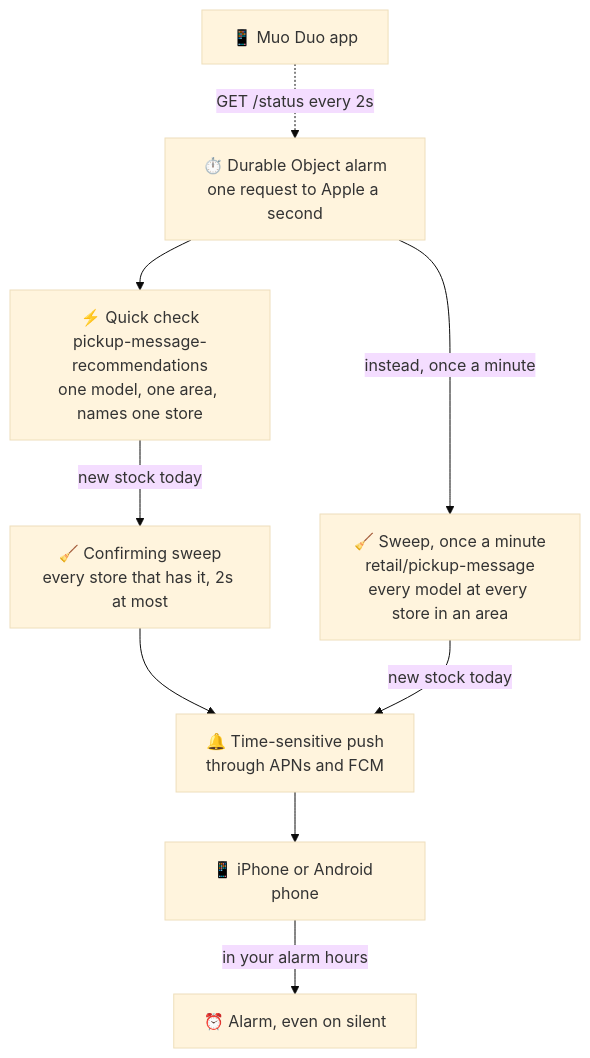
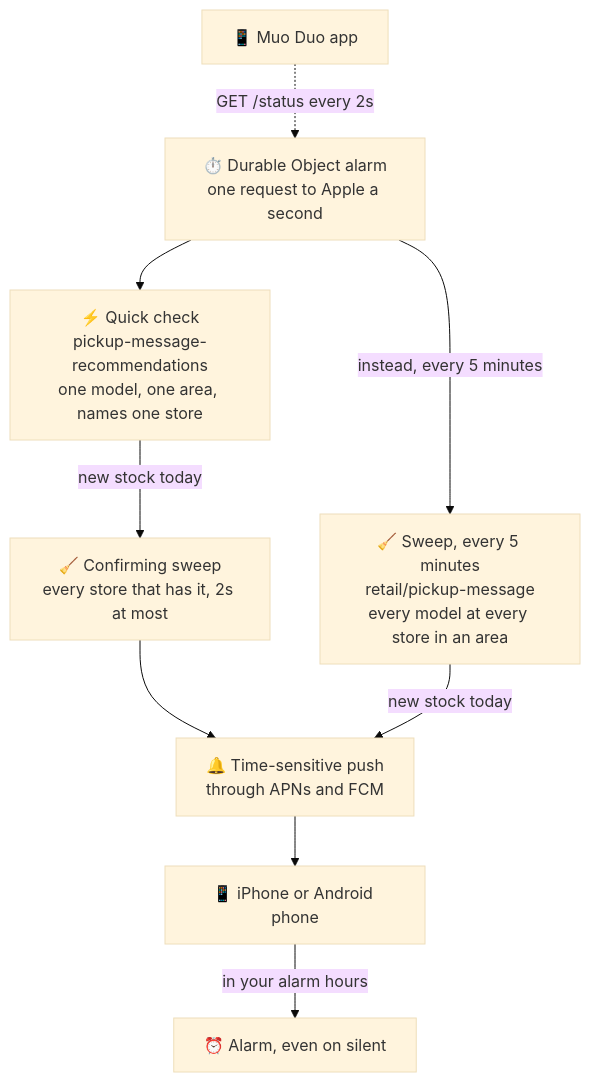
The diagram in README.md (barclayd/muo-duo), drawn with Mermaid (base theme) before and after one commit. The commit also changed other lines of this file and 3 other files, not shown here.

First line of the commit message:
Sweep one area every five minutes instead of every minute

````diff
--- a/README.md
+++ b/README.md
@@ -111,20 +111,20 @@
 ```mermaid
 flowchart TD
     tick["⏱️ Durable Object alarm<br>one request to Apple a second"]
     quick["⚡ Quick check<br>pickup-message-recommendations<br>one model, one area, names one store"]
-    sweep["🧹 Sweep, once a minute<br>retail/pickup-message<br>every model at every store in an area"]
+    sweep["🧹 Sweep, every 5 minutes<br>retail/pickup-message<br>every model at every store in an area"]
     confirm["🧹 Confirming sweep<br>every store that has it, 2s at most"]
     push["🔔 Time-sensitive push<br>through APNs and FCM"]
     phone["📱 iPhone or Android phone"]
     ring["⏰ Alarm, even on silent"]
     app["📱 Muo Duo app"]
 
     tick --> quick
-    tick -->|"instead, once a minute"| sweep
+    tick -->|"instead, every 5 minutes"| sweep
     quick -->|"new stock today"| confirm
     confirm --> push
     sweep -->|"new stock today"| push
     push --> phone
     phone -->|"in your alarm hours"| ring
     app -.->|"GET /status every 2s"| tick
 ```
````
